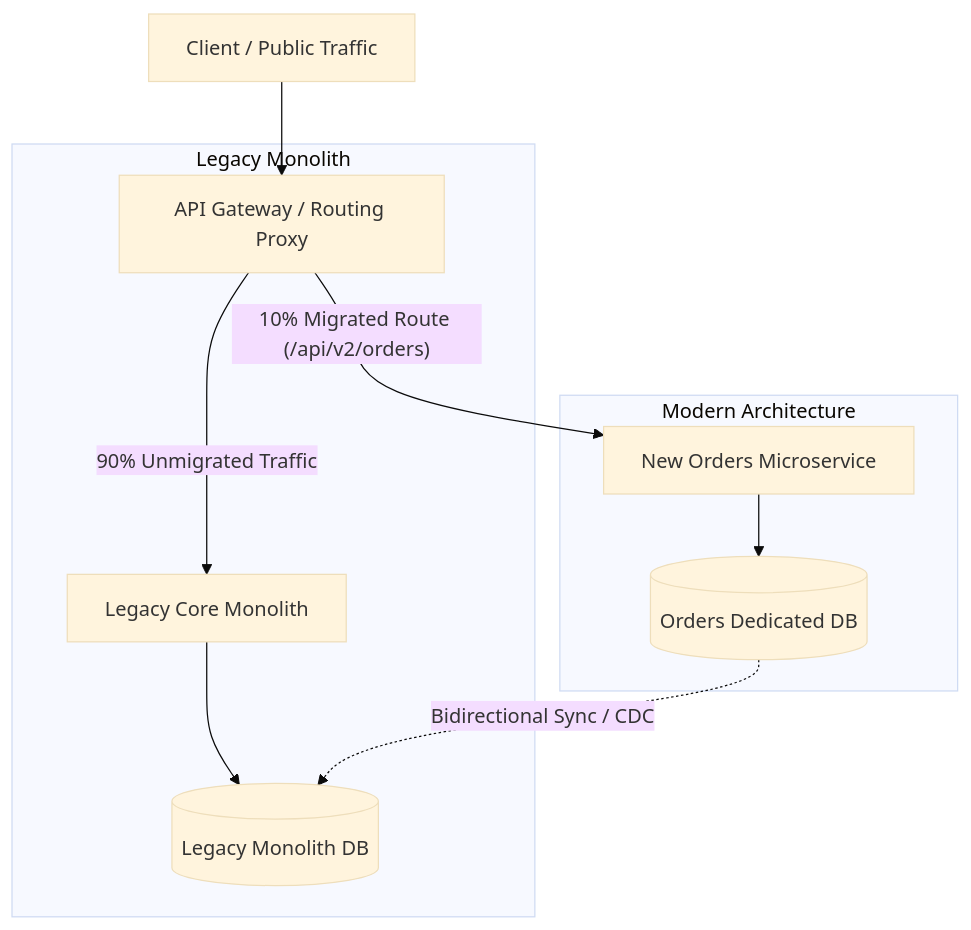
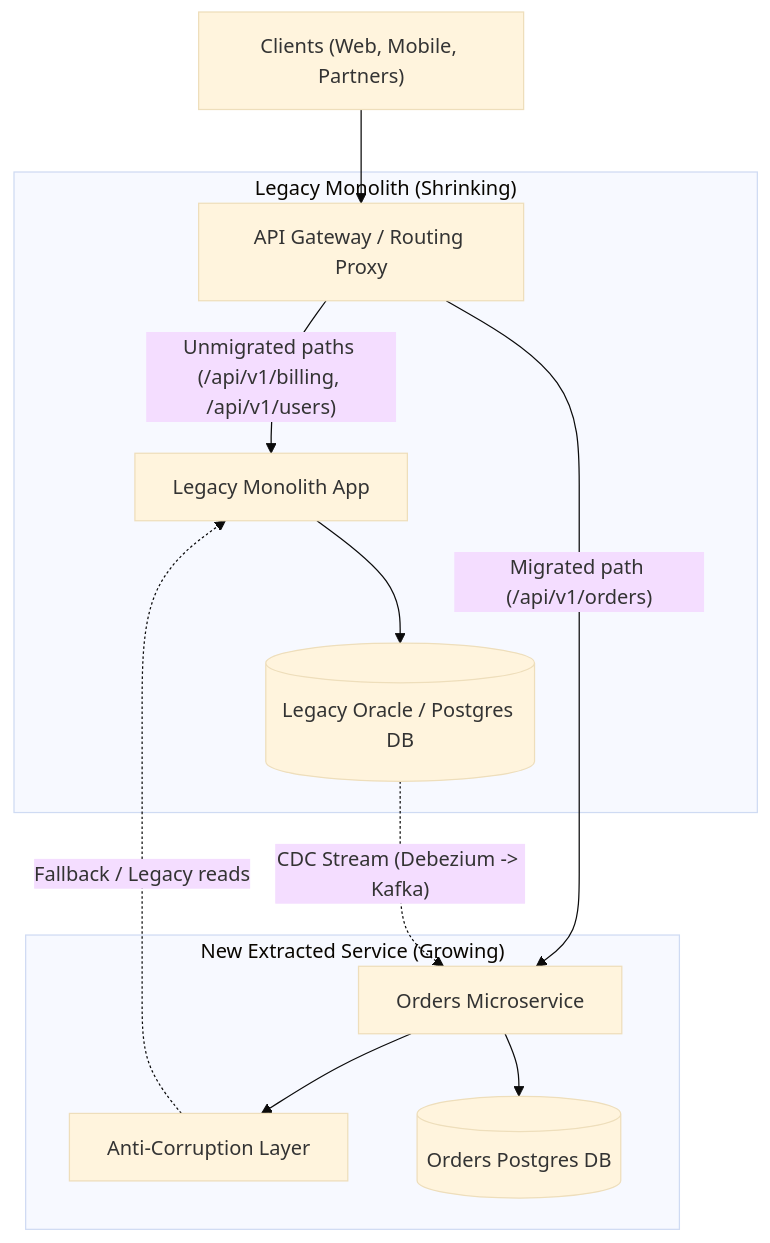
The fifth of 5 diagrams in content/roadmap/level-6/architectural-patterns.md (ravishankar2463/java_hub), drawn with Mermaid (base theme) before and after one commit. The commit also changed other lines of this file and 119 other files, not shown here.

Commit message:
feat: add comprehensive java learning roadmap content across multiple levels

````diff
--- a/content/roadmap/level-6/architectural-patterns.md
+++ b/content/roadmap/level-6/architectural-patterns.md
@@ -340,16 +422,18 @@
 ```mermaid
 flowchart TD
-    Client["Client / Public Traffic"] --> Proxy["API Gateway / Routing Proxy"]
-    
-    subgraph "Legacy Monolith"
-        Proxy -->|"90% Unmigrated Traffic"| Mono["Legacy Core Monolith"]
-        Mono --> MonoDB[("Legacy Monolith DB")]
+    Client["Clients (Web, Mobile, Partners)"] --> Gateway["API Gateway / Routing Proxy"]
+
+    subgraph "Legacy Monolith (Shrinking)"
+        Gateway -->|"Unmigrated paths (/api/v1/billing, /api/v1/users)"| Legacy["Legacy Monolith App"]
+        Legacy --> LegacyDB[("Legacy Oracle / Postgres DB")]
     end
 
-    subgraph "Modern Architecture"
-        Proxy -->|"10% Migrated Route (/api/v2/orders)"| Micro["New Orders Microservice"]
-        Micro --> MicroDB[("Orders Dedicated DB")]
+    subgraph "New Extracted Service (Growing)"
+        Gateway -->|"Migrated path (/api/v1/orders)"| NewSvc["Orders Microservice"]
+        NewSvc --> ACL["Anti-Corruption Layer"]
+        ACL -.->|"Fallback / Legacy reads"| Legacy
+        NewSvc --> NewDB[("Orders Postgres DB")]
     end
-    
-    MicroDB -.->|Bidirectional Sync / CDC| MonoDB
+
+    LegacyDB -.->|"CDC Stream (Debezium -> Kafka)"| NewSvc
 ```
````
